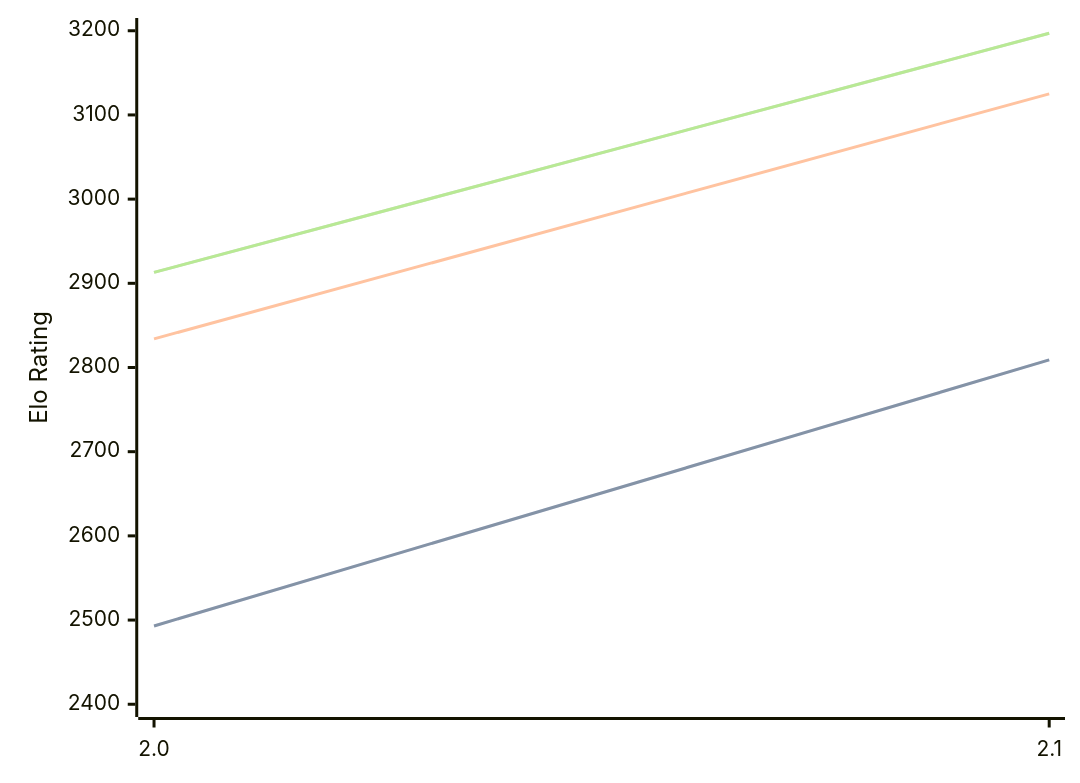
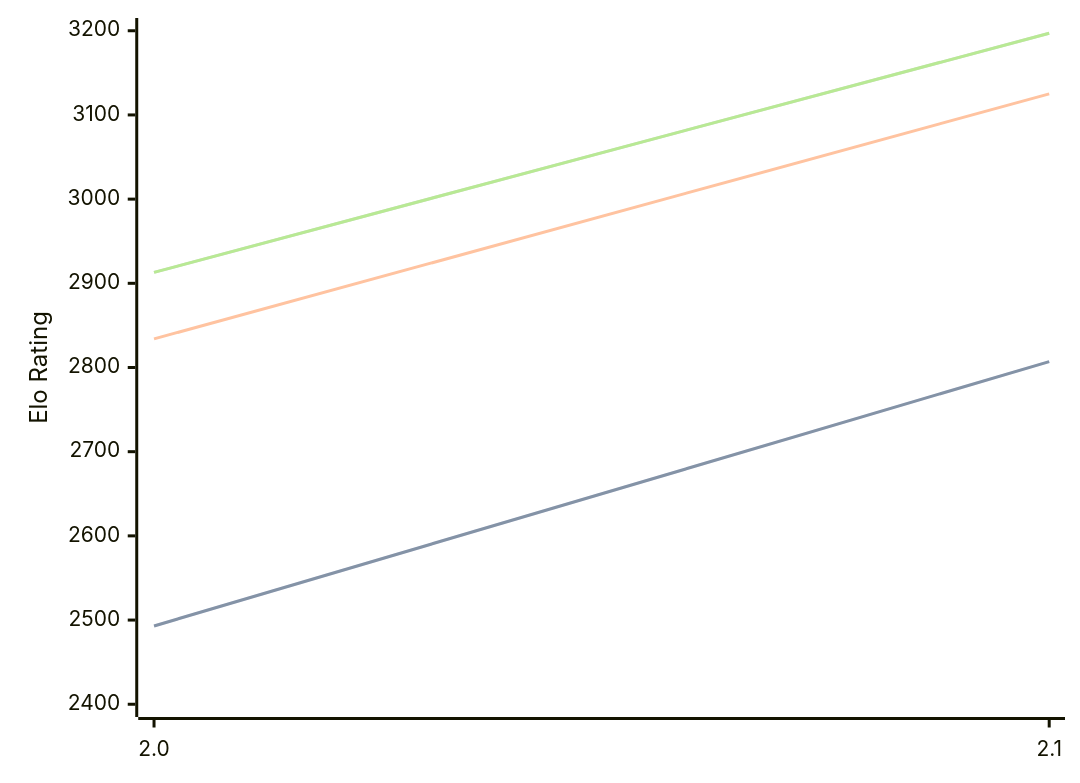
One commit to computer-chess-index/cci changed the diagram in engines/Tunguska.md. Above: the diagram before and after it, drawn with Mermaid. The commit also changed other lines of this file, not shown here.

````diff
--- a/engines/Tunguska.md
+++ b/engines/Tunguska.md
@@ -32,11 +32,11 @@
 ```mermaid
 %%{init: {"theme":"base","themeVariables":{"seriesColors:['#a3a3a3','#222221','#faa371']}}}%%
 xychart-beta
   x-axis ["2.0", "2.1"]
   y-axis "Elo Rating" 2400 --> 3200
-  line "STC (8.0+0.08s)" [2493, 2809]
-  line "STC (8.0+0.08s)" [2493, 2809]
+  line "STC (8.0+0.08s)" [2493, 2807]
+  line "STC (8.0+0.08s)" [2493, 2807]
   line "LTC (60.0+0.60s)" [2834, 3125]
   line "VLTC (2m24s+1.12s)" [2913, 3197]
   line "VLTC (2m24s+1.12s)" [2913, 3197]
 ```
````
